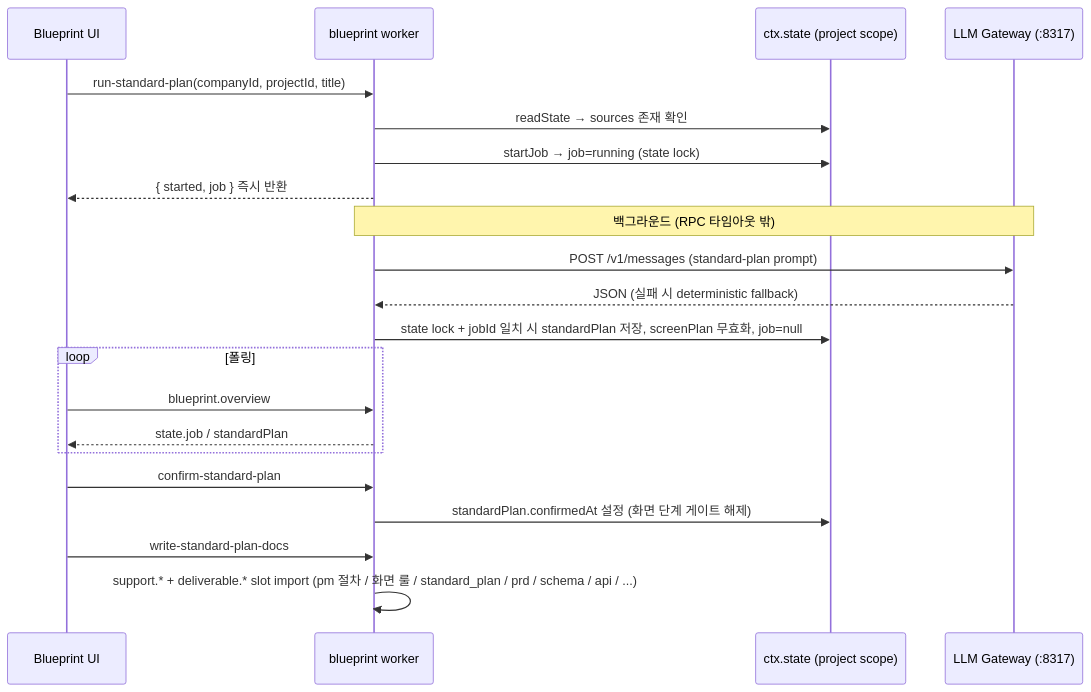
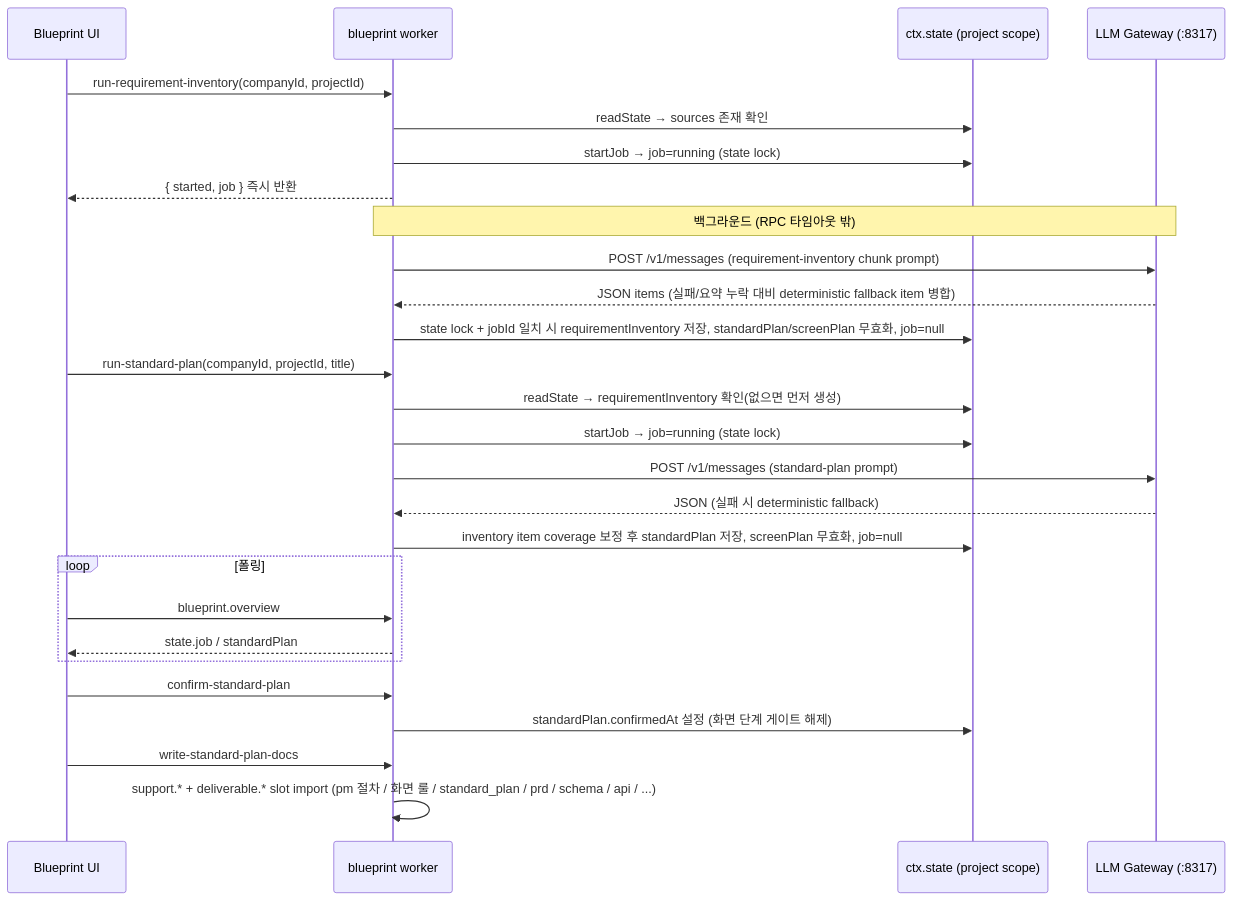
One commit to BBrightcode-atlas/company-os-v2 changed the third of 5 diagrams in bbr-plugins/builder/README.md. Above: the diagram before and after it, drawn with Mermaid. The commit also changed other lines of this file and 15 other files, not shown here.

Commit message:
feat: add builder managed agents and inventory coverage

````diff
--- a/bbr-plugins/builder/README.md
+++ b/bbr-plugins/builder/README.md
@@ -117,24 +121,30 @@
 ```mermaid
 sequenceDiagram
   participant UI as Blueprint UI
   participant W as blueprint worker
   participant S as ctx.state (project scope)
   participant L as LLM Gateway (:8317)
 
-  UI->>W: run-standard-plan(companyId, projectId, title)
+  UI->>W: run-requirement-inventory(companyId, projectId)
   W->>S: readState → sources 존재 확인
   W->>S: startJob → job=running (state lock)
   W-->>UI: { started, job } 즉시 반환
   Note over W,L: 백그라운드 (RPC 타임아웃 밖)
+  W->>L: POST /v1/messages (requirement-inventory chunk prompt)
+  L-->>W: JSON items (실패/요약 누락 대비 deterministic fallback item 병합)
+  W->>S: state lock + jobId 일치 시 requirementInventory 저장, standardPlan/screenPlan 무효화, job=null
+  UI->>W: run-standard-plan(companyId, projectId, title)
+  W->>S: readState → requirementInventory 확인(없으면 먼저 생성)
+  W->>S: startJob → job=running (state lock)
   W->>L: POST /v1/messages (standard-plan prompt)
   L-->>W: JSON (실패 시 deterministic fallback)
-  W->>S: state lock + jobId 일치 시 standardPlan 저장, screenPlan 무효화, job=null
+  W->>S: inventory item coverage 보정 후 standardPlan 저장, screenPlan 무효화, job=null
   loop 폴링
     UI->>W: blueprint.overview
     W-->>UI: state.job / standardPlan
   end
   UI->>W: confirm-standard-plan
   W->>S: standardPlan.confirmedAt 설정 (화면 단계 게이트 해제)
   UI->>W: write-standard-plan-docs
   W->>W: support.* + deliverable.* slot import (pm 절차 / 화면 룰 / standard_plan / prd / schema / api / ...)
 ```
````
